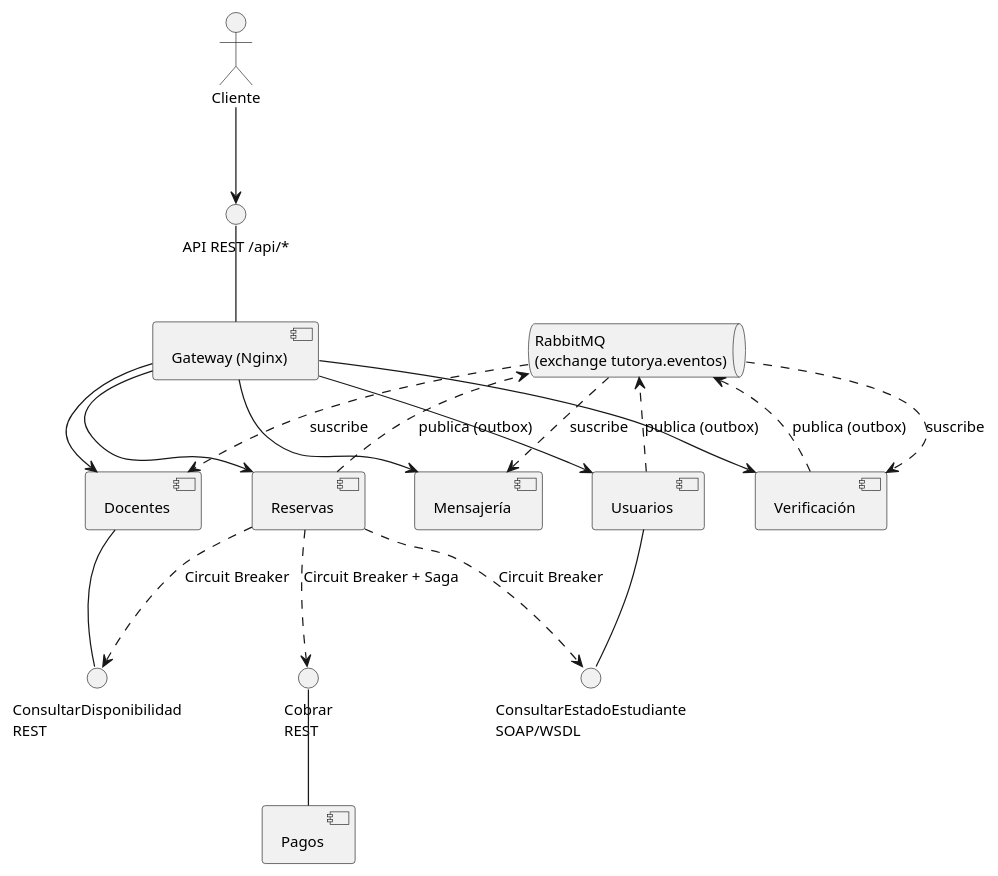
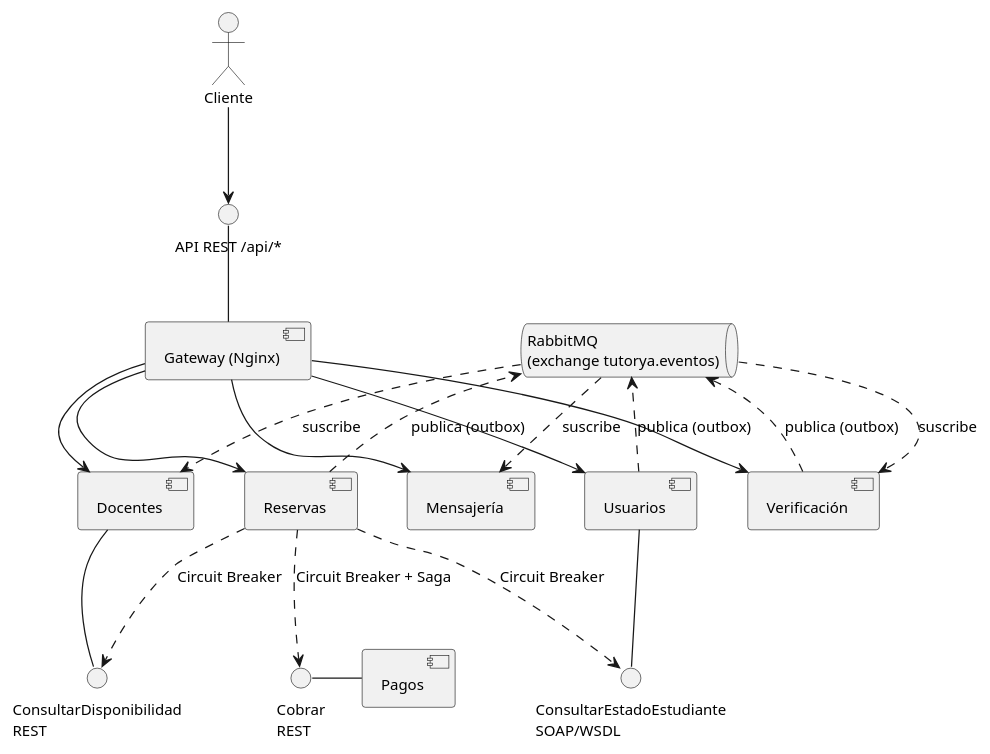
The diagram in docs/ut5/componentes.puml (SebastianCuneo/tutorYA), drawn with PlantUML before and after one commit. The commit also changed 1 other file, not shown here.

Commit message:
UT5: diagrama de componentes, Pagos al costado de su interfaz
Claude-Session: https://claude.ai/code/session_01Mu2WUyvK3Cd1Sy9WUUAcde

```diff
--- a/docs/ut5/componentes.puml
+++ b/docs/ut5/componentes.puml
@@ -1,50 +1,50 @@
 @startuml componentes
 skinparam monochrome true
 skinparam shadowing false
 skinparam defaultFontName Arial
 skinparam defaultFontSize 12
 skinparam backgroundColor white
 skinparam componentStyle uml2
 skinparam nodesep 40
 skinparam ranksep 55
 
 actor Cliente
 component "Gateway (Nginx)" as GW
 interface "API REST /api/*" as IREST
 Cliente --> IREST
 IREST -- GW
 
 together {
   component "Usuarios" as U
   component "Docentes" as D
   component "Mensajería" as M
   component "Verificación" as V
   component "Reservas" as R
 }
 component "Pagos" as P
 queue "RabbitMQ\n(exchange tutorya.eventos)" as MQ
 
 GW --> U
 GW --> D
 GW --> M
 GW --> V
 GW --> R
 
 interface "ConsultarEstadoEstudiante\nSOAP/WSDL" as ISOAP
 interface "ConsultarDisponibilidad\nREST" as IDISP
 interface "Cobrar\nREST" as ICOB
 U -- ISOAP
 D -- IDISP
-P -up- ICOB
+ICOB - P
 R ..> ISOAP : Circuit Breaker
 R ..> IDISP : Circuit Breaker
 R ..> ICOB : Circuit Breaker + Saga
 
 U ..> MQ : publica (outbox)
 V ..> MQ : publica (outbox)
 R ..> MQ : publica (outbox)
 MQ ..> D : suscribe
 MQ ..> V : suscribe
 MQ ..> M : suscribe
 
 @enduml
```
